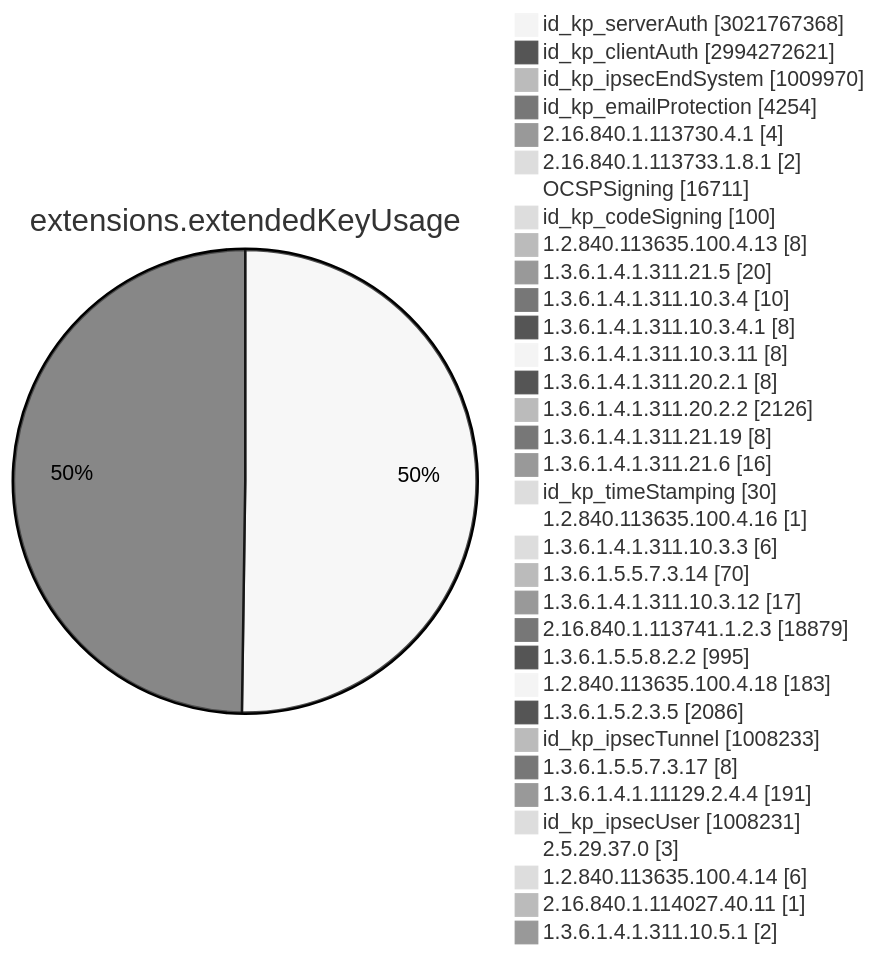
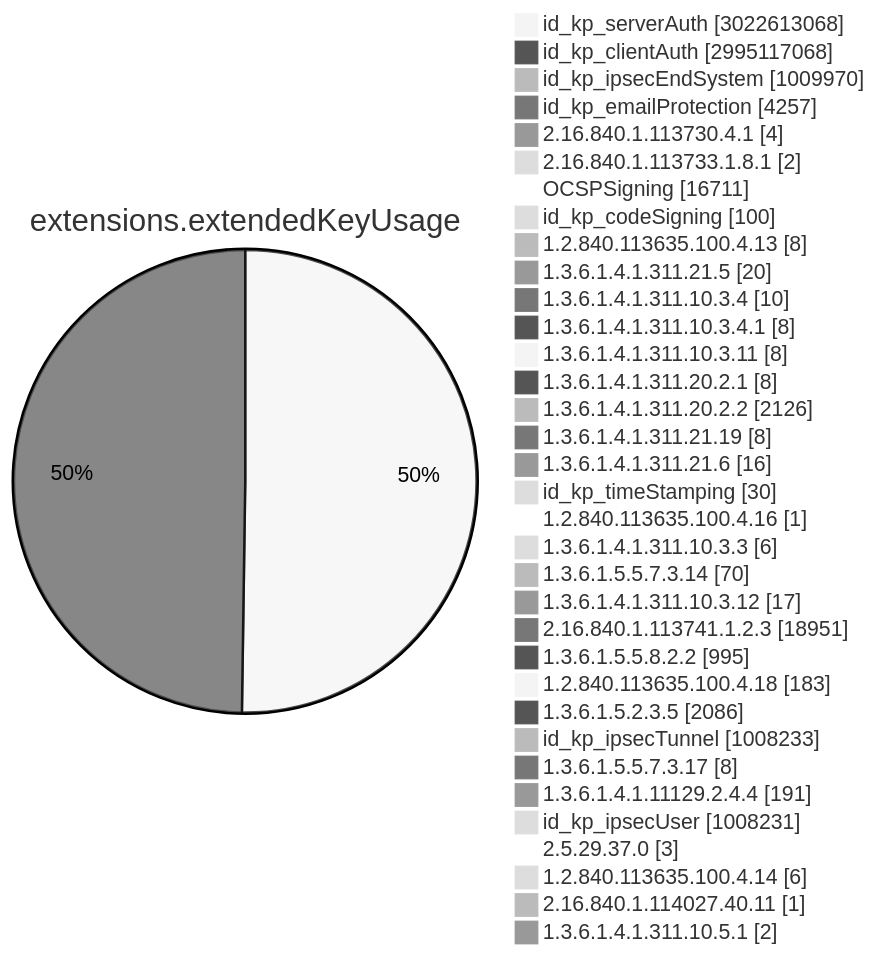
Diagram 11 of 15 in TOTAL/README.md (christiankrug/ctmonitor_visualization), drawn with Mermaid (neutral theme) before and after one commit. The commit also changed other lines of this file, not shown here.

````diff
--- a/TOTAL/README.md
+++ b/TOTAL/README.md
@@ -4104,38 +4107,38 @@
 ```mermaid
 pie showData
 title extensions.extendedKeyUsage
-"id_kp_serverAuth" :3021767368
-"id_kp_clientAuth" :2994272621
+"id_kp_serverAuth" :3022613068
+"id_kp_clientAuth" :2995117068
 "id_kp_ipsecEndSystem" :1009970
-"id_kp_emailProtection" :4254
+"id_kp_emailProtection" :4257
 "2.16.840.1.113730.4.1" :4
 "2.16.840.1.113733.1.8.1" :2
 "OCSPSigning" :16711
 "id_kp_codeSigning" :100
 "1.2.840.113635.100.4.13" :8
 "1.3.6.1.4.1.311.21.5" :20
 "1.3.6.1.4.1.311.10.3.4" :10
 "1.3.6.1.4.1.311.10.3.4.1" :8
 "1.3.6.1.4.1.311.10.3.11" :8
 "1.3.6.1.4.1.311.20.2.1" :8
 "1.3.6.1.4.1.311.20.2.2" :2126
 "1.3.6.1.4.1.311.21.19" :8
 "1.3.6.1.4.1.311.21.6" :16
 "id_kp_timeStamping" :30
 "1.2.840.113635.100.4.16" :1
 "1.3.6.1.4.1.311.10.3.3" :6
 "1.3.6.1.5.5.7.3.14" :70
 "1.3.6.1.4.1.311.10.3.12" :17
-"2.16.840.1.113741.1.2.3" :18879
+"2.16.840.1.113741.1.2.3" :18951
 "1.3.6.1.5.5.8.2.2" :995
 "1.2.840.113635.100.4.18" :183
 "1.3.6.1.5.2.3.5" :2086
 "id_kp_ipsecTunnel" :1008233
 "1.3.6.1.5.5.7.3.17" :8
 "1.3.6.1.4.1.11129.2.4.4" :191
 "id_kp_ipsecUser" :1008231
 "2.5.29.37.0" :3
 "1.2.840.113635.100.4.14" :6
 "2.16.840.1.114027.40.11" :1
 "1.3.6.1.4.1.311.10.5.1" :2
 ```
````
